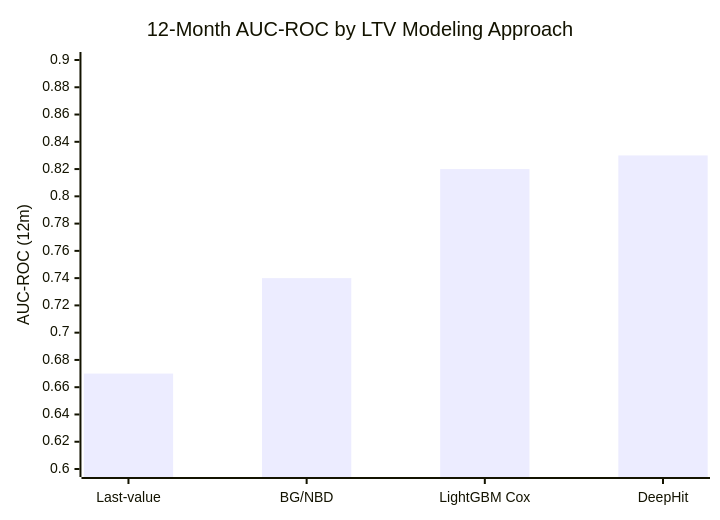
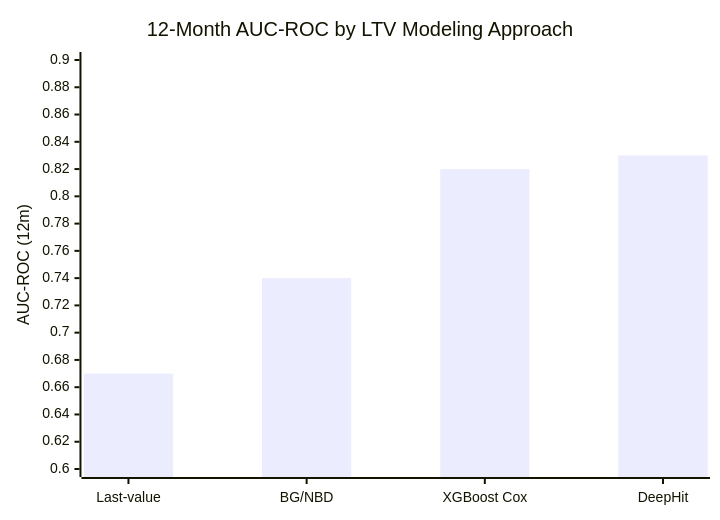
One commit to rppol/system-design changed the third of 3 diagrams in src/main/java/com/rutik/systemdesign/ml/case_studies/design_customer_ltv_prediction.md. Above: the diagram before and after it, drawn with Mermaid. The commit also changed other lines of this file and 114 other files, not shown here.

````diff
--- a/src/main/java/com/rutik/systemdesign/ml/case_studies/design_customer_ltv_prediction.md
+++ b/src/main/java/com/rutik/systemdesign/ml/case_studies/design_customer_ltv_prediction.md
@@ -408,7 +422,7 @@
 ```mermaid
 xychart-beta
     title "12-Month AUC-ROC by LTV Modeling Approach"
-    x-axis ["Last-value", "BG/NBD", "LightGBM Cox", "DeepHit"]
+    x-axis ["Last-value", "BG/NBD", "XGBoost Cox", "DeepHit"]
     y-axis "AUC-ROC (12m)" 0.6 --> 0.9
     bar [0.67, 0.74, 0.82, 0.83]
 ```
````
